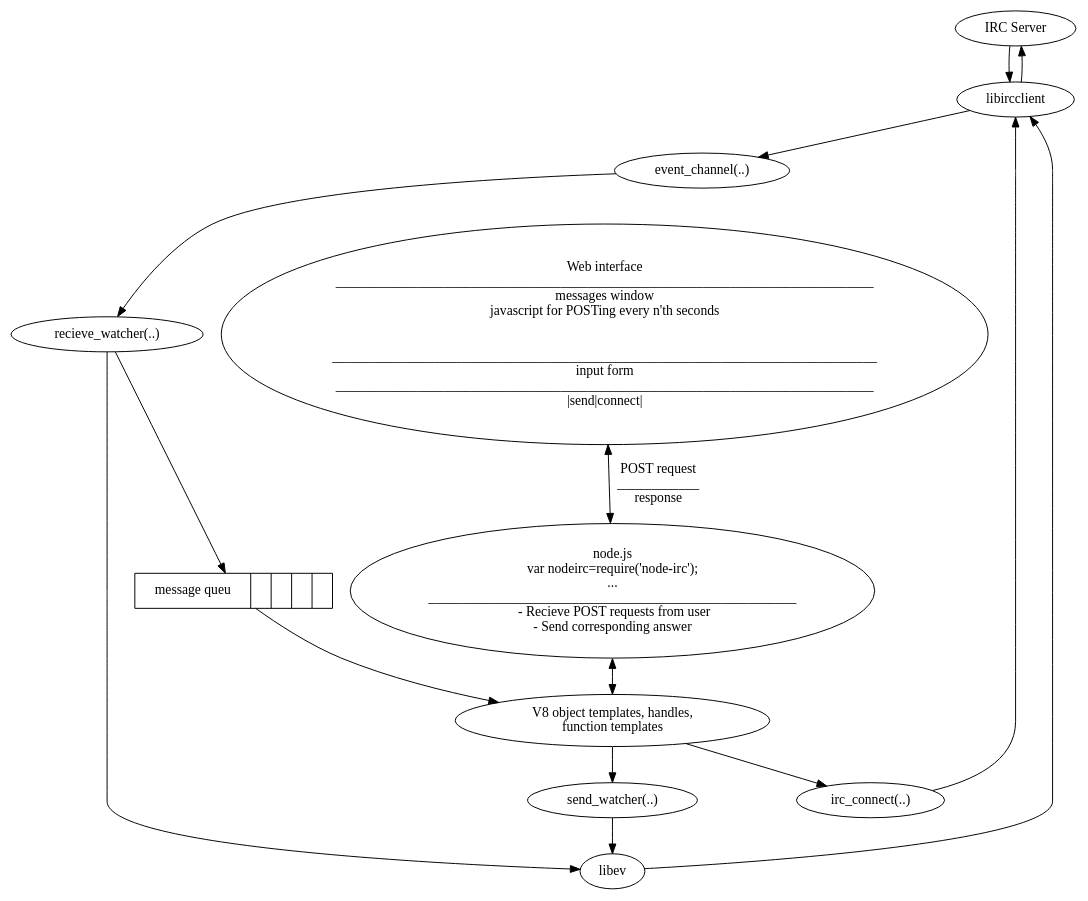
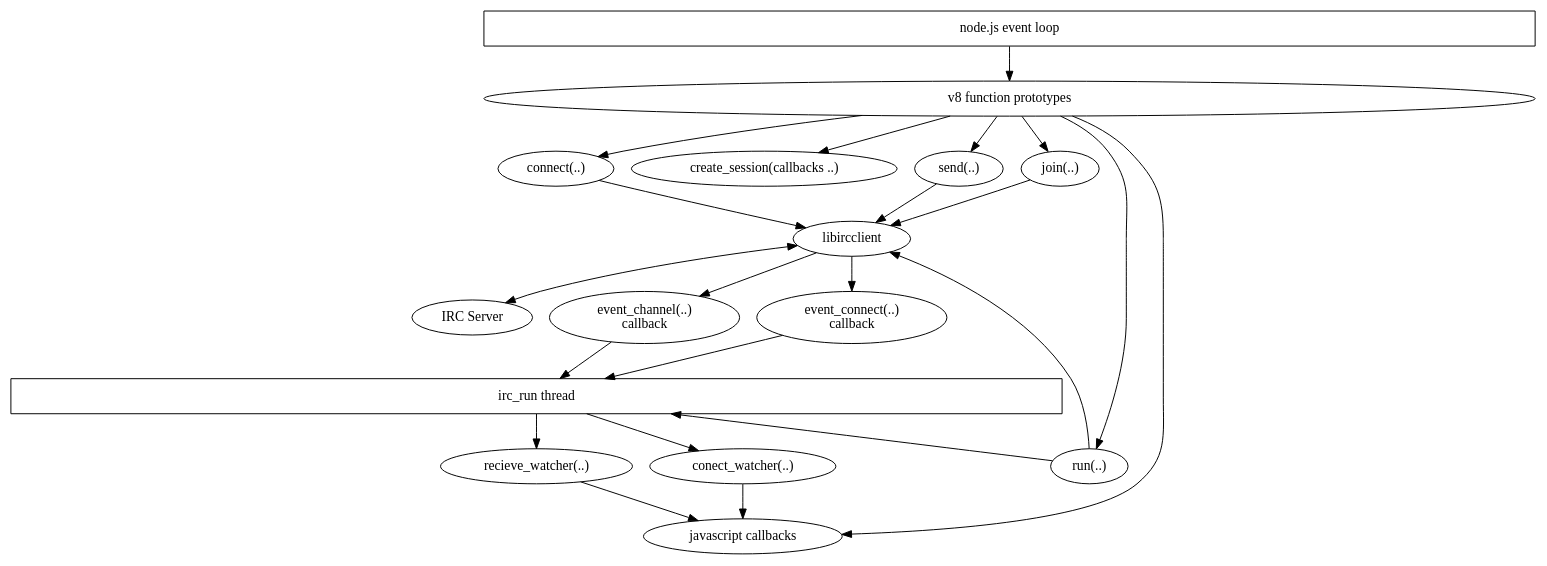
One commit to dixel/node-irc changed the diagram in doc/struct.dot. Above: the diagram before and after it, drawn with Graphviz. The commit also changed 1 other file, not shown here.

```diff
--- a/doc/struct.dot
+++ b/doc/struct.dot
@@ -1,23 +1,46 @@
 digraph G
 {
 	ircs[label="IRC Server"];
 	lic[label="libircclient"];
-	le[label="libev"];
-	icbchan[label="event_channel(..)"];
-	irccon[label="irc_connect(..)"];
-	sndwch[label="send_watcher(..)"];
+    icon[label="connect(..)"];
+    icrs[label="create_session(callbacks ..)"];
+    irun[label="run(..)"];
+    isend[label="send(..)"];
+    ijoin[label="join(..)"];
+    runthr[label="irc_run thread", shape="box", fixedsize=true, width=15];
+    evloop[label="node.js event loop", shape="box", fixedsize=true, width=15];
+	icbchan[label="event_channel(..)\ncallback"];
+	icbcon[label="event_connect(..)\ncallback"];
 	rcvwch[label="recieve_watcher(..)"];
-	nodejs[label="node.js\n var nodeirc=require('node-irc');\n...\n______________________________________________________\n  - Recieve POST requests from user\n - Send corresponding answer"];
-	webui[label="Web interface\n_______________________________________________________________________________\nmessages window\njavascript for POSTing every n'th seconds\n\n\n________________________________________________________________________________\ninput form\n_______________________________________________________________________________\n|send|connect|"];
-	v8[label="V8 object templates, handles,\n function templates"];
-	queu[label="<f0>message queu||||" shape="record"];
-	webui->nodejs[label="POST request\n____________\nresponse" dir="both"];
-	nodejs->v8[dir="both"];
-	v8->irccon;
-	v8->sndwch->le->lic->ircs;
-	ircs->lic->icbchan->rcvwch->queu->v8;
-	rcvwch->le;
-	irccon->lic;
+	conwch[label="conect_watcher(..)"];
+    v8[label="v8 function prototypes", shape="ellipse", fixedsize=true, width=15];
+    jscb[label="javascript callbacks"];
 
-	
+    lic->ircs[dir="both"];
+    lic->icbchan;
+    lic->icbcon;
+    icon->lic;
+    irun->lic;
+    ijoin->lic;
+    isend->lic;
+
+
+    v8->jscb;
+    v8->icon;
+    v8->irun;
+    v8->ijoin;
+    v8->isend;
+    v8->icrs;
+
+    evloop->v8;
+    rcvwch->jscb;
+    conwch->jscb;
+
+    icbchan->runthr;
+    icbcon->runthr;
+    runthr->rcvwch;
+    runthr->conwch;
+
+    
+    runthr->irun[dir="back"];
 }
```
